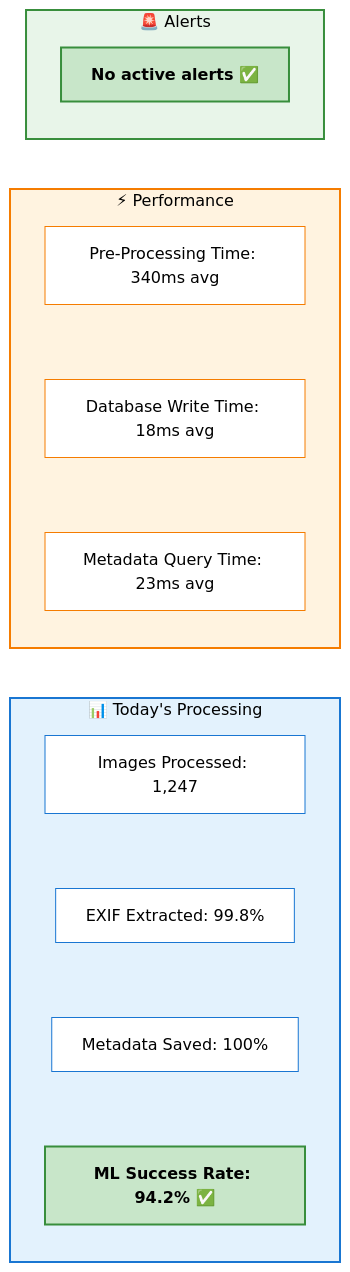
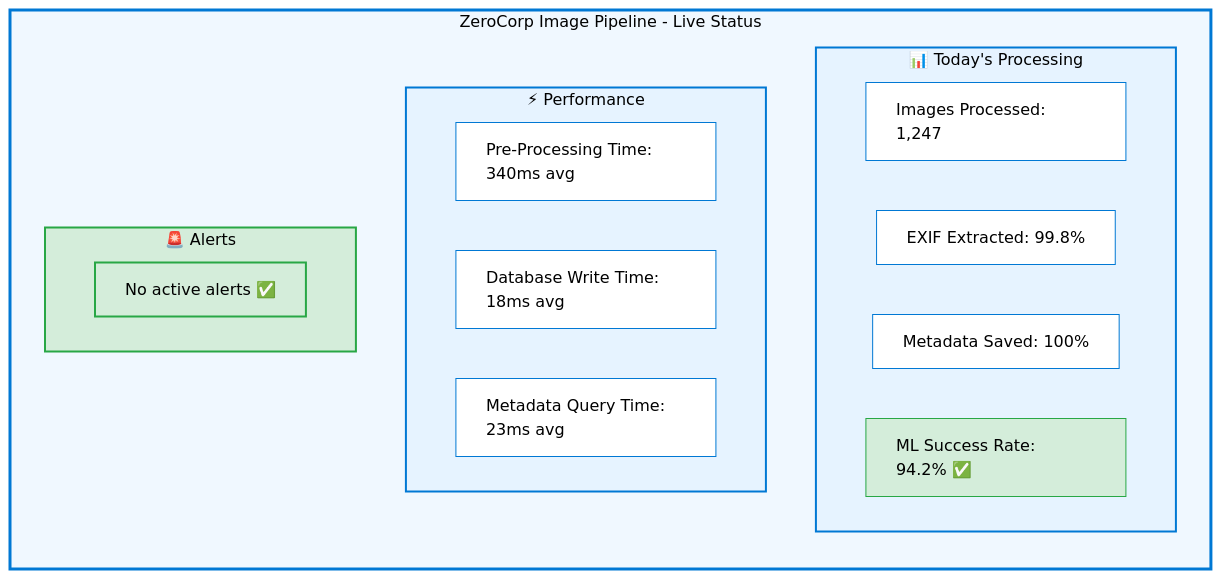
Before and after one commit to anandSgunti/cloud: the fifth of 5 diagrams in 02-The-Bug/02_Solution_Architecture.md, drawn with Mermaid.

````diff
--- a/02-The-Bug/02_Solution_Architecture.md
+++ b/02-The-Bug/02_Solution_Architecture.md
@@ -240,41 +240,40 @@
 ```mermaid
-graph LR
-    subgraph Processing["📊 Today's Processing"]
-        P1["Images Processed: 1,247"]
-        P2["EXIF Extracted: 99.8%"]
-        P3["Metadata Saved: 100%"]
-        P4["ML Success Rate: 94.2% ✅"]
+%%{init: {'theme':'base', 'themeVariables': { 'fontSize':'16px'}}}%%
+graph TD
+    subgraph Dashboard["ZeroCorp Image Pipeline - Live Status"]
+        direction TB
+        
+        subgraph Processing["📊 Today's Processing"]
+            P1["Images Processed: 1,247"]
+            P2["EXIF Extracted: 99.8%"]
+            P3["Metadata Saved: 100%"]
+            P4["ML Success Rate: 94.2% ✅"]
+        end
+        
+        subgraph Performance["⚡ Performance"]
+            PF1["Pre-Processing Time: 340ms avg"]
+            PF2["Database Write Time: 18ms avg"]
+            PF3["Metadata Query Time: 23ms avg"]
+        end
+        
+        subgraph Alerts["🚨 Alerts"]
+            A1["No active alerts ✅"]
+        end
     end
     
-    subgraph Performance["⚡ Performance"]
-        PERF1["Pre-Processing Time: 340ms avg"]
-        PERF2["Database Write Time: 18ms avg"]
-        PERF3["Metadata Query Time: 23ms avg"]
-    end
+    style Dashboard fill:#f0f8ff,stroke:#0078d4,stroke-width:3px,color:#000,text-align:left
+    style Processing fill:#e6f3ff,stroke:#0078d4,stroke-width:2px,color:#000,text-align:left
+    style Performance fill:#e6f3ff,stroke:#0078d4,stroke-width:2px,color:#000,text-align:left
+    style Alerts fill:#d4edda,stroke:#28a745,stroke-width:2px,color:#000,text-align:left
     
-    subgraph Alerts["🚨 Alerts"]
-        A1["No active alerts ✅"]
-    end
+    style P1 fill:#fff,stroke:#0078d4,stroke-width:1px,color:#000,text-align:left
+    style P2 fill:#fff,stroke:#0078d4,stroke-width:1px,color:#000,text-align:left
+    style P3 fill:#fff,stroke:#0078d4,stroke-width:1px,color:#000,text-align:left
+    style P4 fill:#d4edda,stroke:#28a745,stroke-width:1px,color:#000,text-align:left
     
-    P1 ~~~ P2
-    P2 ~~~ P3
-    P3 ~~~ P4
+    style PF1 fill:#fff,stroke:#0078d4,stroke-width:1px,color:#000,text-align:left
+    style PF2 fill:#fff,stroke:#0078d4,stroke-width:1px,color:#000,text-align:left
+    style PF3 fill:#fff,stroke:#0078d4,stroke-width:1px,color:#000,text-align:left
     
-    PERF1 ~~~ PERF2
-    PERF2 ~~~ PERF3
-    
-    style Processing fill:#e3f2fd,stroke:#1976d2,stroke-width:2px,color:#000
-    style Performance fill:#fff3e0,stroke:#f57c00,stroke-width:2px,color:#000
-    style Alerts fill:#e8f5e9,stroke:#388e3c,stroke-width:2px,color:#000
-    
-    style P1 fill:#fff,stroke:#1976d2,color:#000
-    style P2 fill:#fff,stroke:#1976d2,color:#000
-    style P3 fill:#fff,stroke:#1976d2,color:#000
-    style P4 fill:#c8e6c9,stroke:#388e3c,stroke-width:2px,color:#000,font-weight:bold
-    
-    style PERF1 fill:#fff,stroke:#f57c00,color:#000
-    style PERF2 fill:#fff,stroke:#f57c00,color:#000
-    style PERF3 fill:#fff,stroke:#f57c00,color:#000
-    
-    style A1 fill:#c8e6c9,stroke:#388e3c,stroke-width:2px,color:#000,font-weight:bold
+    style A1 fill:#d4edda,stroke:#28a745,stroke-width:2px,color:#000,text-align:left
 ```
````
